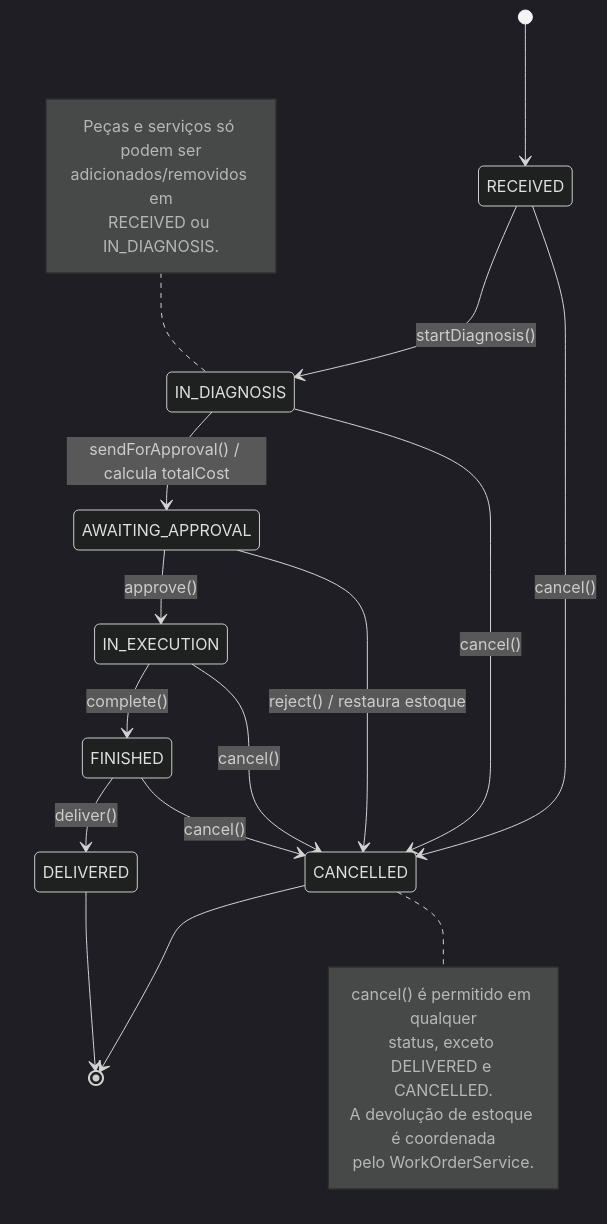
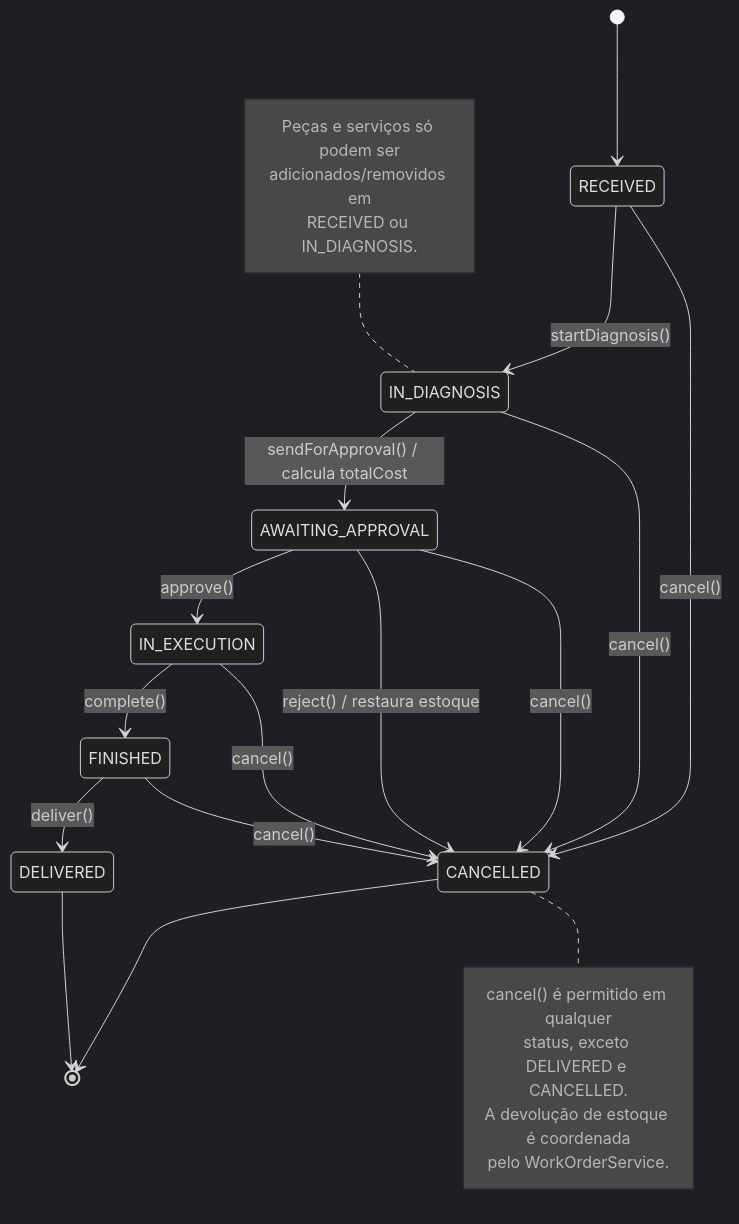
One commit to victorduarte31/tech-challenge-fiap changed the third of 6 diagrams in oficina/docs/DDD.md. Above: the diagram before and after it, drawn with Mermaid (dark theme). The commit also changed other lines of this file and 3 other files, not shown here.

````diff
--- a/oficina/docs/DDD.md
+++ b/oficina/docs/DDD.md
@@ -176,29 +207,30 @@
 ```mermaid
 stateDiagram-v2
     [*] --> RECEIVED
     RECEIVED --> IN_DIAGNOSIS : startDiagnosis()
     IN_DIAGNOSIS --> AWAITING_APPROVAL : sendForApproval() / calcula totalCost
     AWAITING_APPROVAL --> IN_EXECUTION : approve()
     AWAITING_APPROVAL --> CANCELLED : reject() / restaura estoque
     IN_EXECUTION --> FINISHED : complete()
     FINISHED --> DELIVERED : deliver()
     DELIVERED --> [*]
 
     RECEIVED --> CANCELLED : cancel()
     IN_DIAGNOSIS --> CANCELLED : cancel()
+    AWAITING_APPROVAL --> CANCELLED : cancel()
     IN_EXECUTION --> CANCELLED : cancel()
     FINISHED --> CANCELLED : cancel()
     CANCELLED --> [*]
 
     note right of CANCELLED
         cancel() é permitido em qualquer
         status, exceto DELIVERED e CANCELLED.
         A devolução de estoque é coordenada
         pelo WorkOrderService.
     end note
     note left of IN_DIAGNOSIS
         Peças e serviços só podem ser
         adicionados/removidos em
         RECEIVED ou IN_DIAGNOSIS.
     end note
 ```
````
